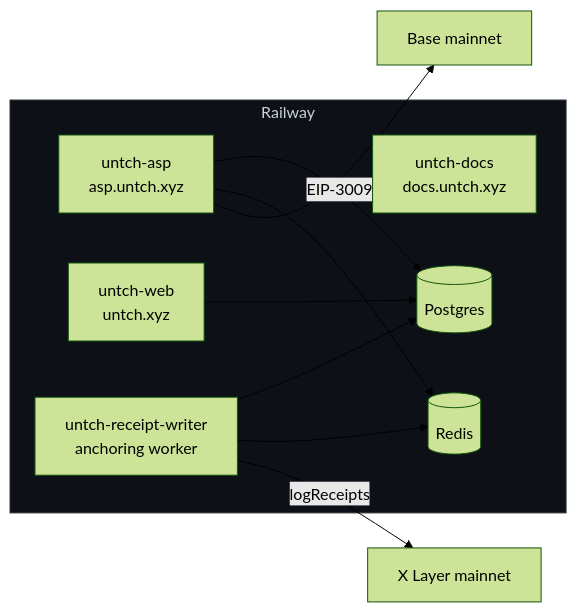
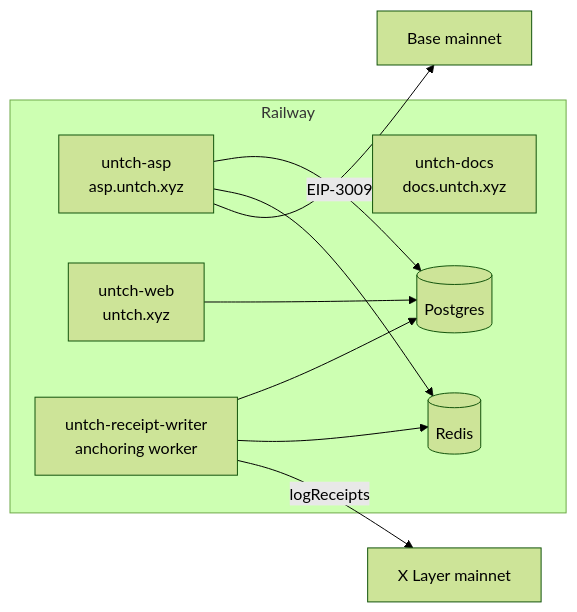
The third of 3 diagrams in README.md (winsznx/untch), drawn with Mermaid (forest theme) before and after one commit. The commit also changed other lines of this file, not shown here.

First line of the commit message:
fix(readme): default Mermaid theme, and UntchVault is on MAINNET

````diff
--- a/README.md
+++ b/README.md
@@ -533,21 +531,19 @@
 ```mermaid
 flowchart LR
     subgraph RW["Railway"]
         ASP["untch-asp<br/>asp.untch.xyz"]
         WEB["untch-web<br/>untch.xyz"]
         DOCS["untch-docs<br/>docs.untch.xyz"]
         WORKER["untch-receipt-writer<br/>anchoring worker"]
         PG[("Postgres")]
         RD[("Redis")]
     end
 
     ASP --> PG
     ASP --> RD
     WEB --> PG
     WORKER --> PG
     WORKER --> RD
     WORKER -->|logReceipts| XL["X Layer mainnet"]
     ASP -->|EIP-3009| BASE["Base mainnet"]
-
-    style RW fill:#0d1117,stroke:#30363d,color:#c9d1d9
 ```
````
